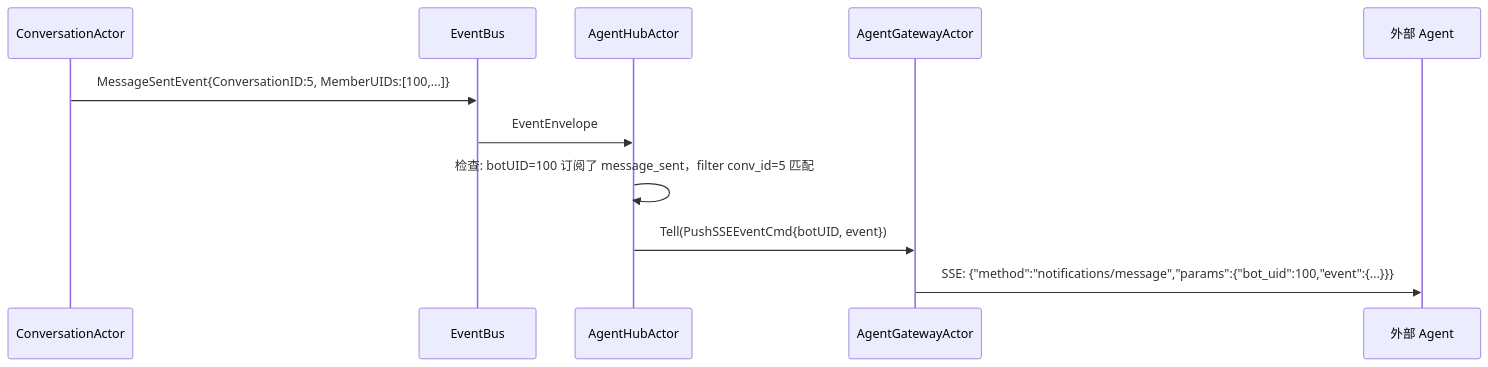
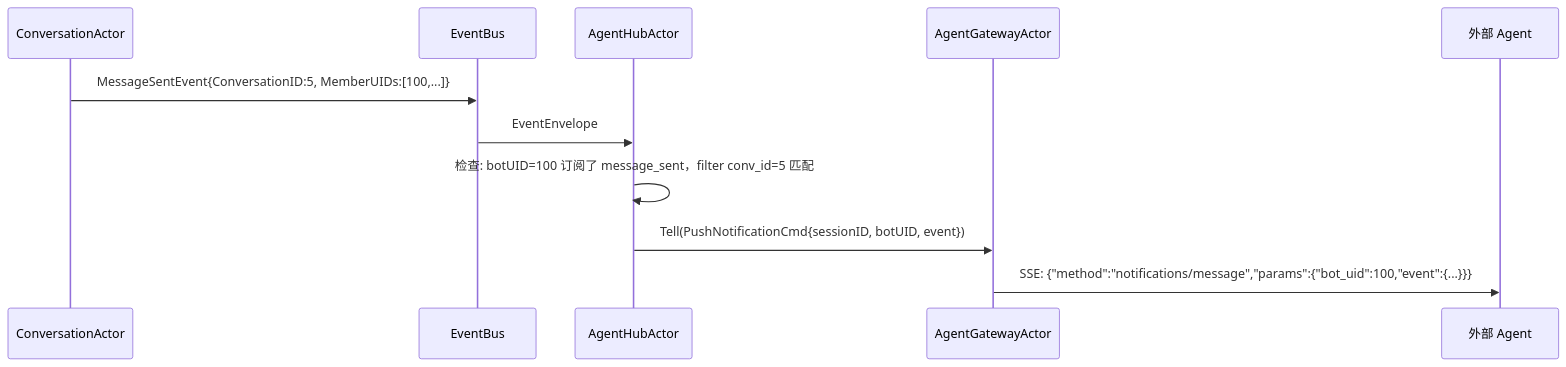
One commit to qiuwji/qim changed the second of 4 diagrams in tech-design/backend/04-Agent Bot.md. Above: the diagram before and after it, drawn with Mermaid. The commit also changed other lines of this file and 35 other files, not shown here.

````diff
--- a/tech-design/backend/04-Agent Bot.md
+++ b/tech-design/backend/04-Agent Bot.md
@@ -129,14 +131,14 @@
 ```mermaid
 sequenceDiagram
     participant Conv as ConversationActor
     participant Bus as EventBus
     participant Hub as AgentHubActor
     participant GW as AgentGatewayActor
     participant Agent as 外部 Agent
 
     Conv->>Bus: MessageSentEvent{ConversationID:5, MemberUIDs:[100,...]}
     Bus->>Hub: EventEnvelope
     Hub->>Hub: 检查: botUID=100 订阅了 message_sent，filter conv_id=5 匹配
-    Hub->>GW: Tell(PushSSEEventCmd{botUID, event})
+    Hub->>GW: Tell(PushNotificationCmd{sessionID, botUID, event})
     GW->>Agent: SSE: {"method":"notifications/message","params":{"bot_uid":100,"event":{...}}}
 ```
````
